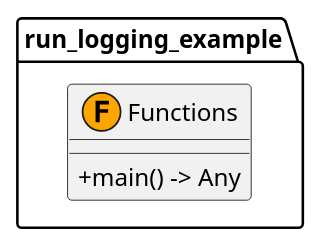
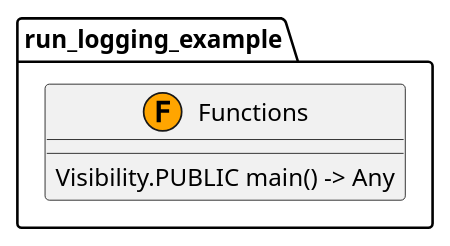
Before and after one commit to jswans33/my-full-stack-fastapi-template: the diagram in docs/source/_generated_uml/run_logging_example.puml, drawn with PlantUML. The commit also changed 62 other files, not shown here.

Commit message:
Add UML generator module and update visibility for functions in UML diagrams

```diff
--- a/docs/source/_generated_uml/run_logging_example.puml
+++ b/docs/source/_generated_uml/run_logging_example.puml
@@ -1,11 +1,11 @@
 @startuml
 skinparam classAttributeIconSize 0
 
 package "run_logging_example" {
   class Functions <<(F,orange)>> {
-    + main() -> Any
+    Visibility.PUBLIC main() -> Any
   }
 }
 
 ' Relationships
 @enduml
```
